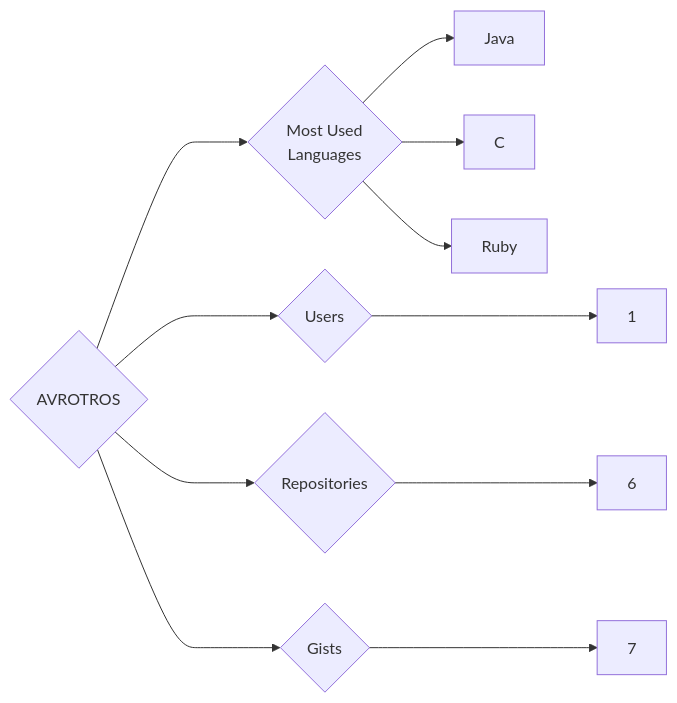
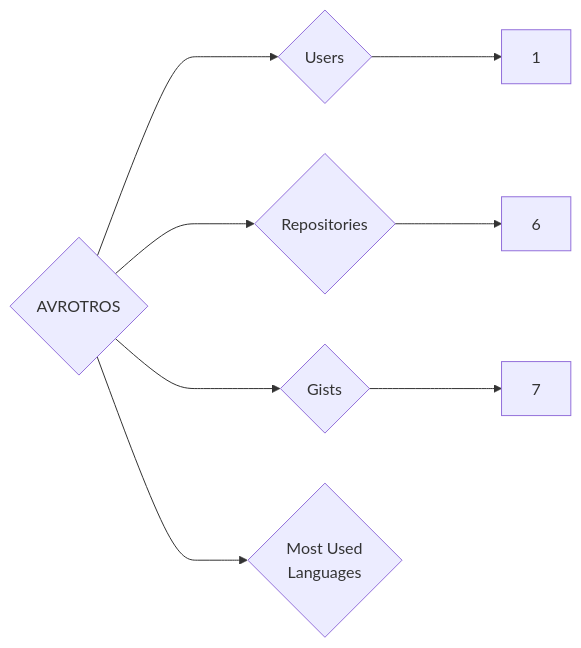
One commit to trickest/insiders changed the diagram in targets/AVROTROS/README.md. Above: the diagram before and after it, drawn with Mermaid. The commit also changed 1149 other files, not shown here.

````diff
--- a/targets/AVROTROS/README.md
+++ b/targets/AVROTROS/README.md
@@ -3,11 +3,8 @@
 ```mermaid
 graph LR
 COMPANY_NAME{AVROTROS}
 COMPANY_NAME ---> U{Users} ---> UN[1]
 COMPANY_NAME ---> R{Repositories} ---> RN[6]
 COMPANY_NAME ---> G{Gists} ---> GN[7]
 COMPANY_NAME ---> ML{Most Used<br>Languages}
-ML --> Java[Java]
-ML --> C[C]
-ML --> Ruby[Ruby]
 ```
````
